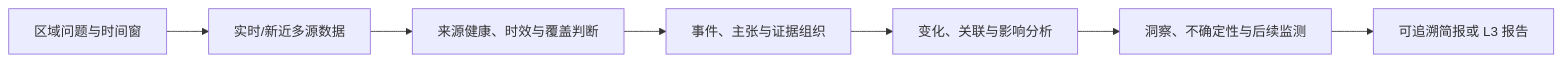
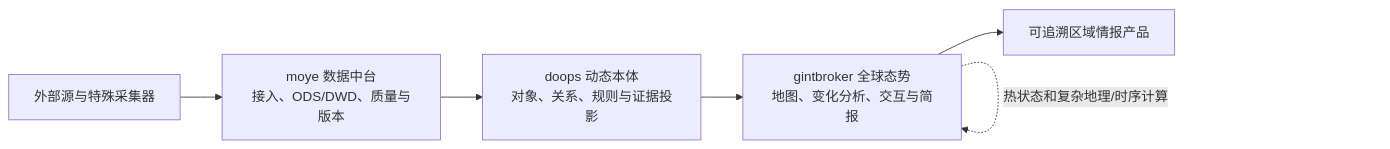
Before and after one commit to isxylands/dy-inta: the first of 2 diagrams in devdoc/PRD-v6-中东实时情报分析演示内部方案与实施计划-20260722.md, drawn with Mermaid. The commit also changed other lines of this file and 1 other file, not shown here.

````diff
--- a/devdoc/PRD-v6-中东实时情报分析演示内部方案与实施计划-20260722.md
+++ b/devdoc/PRD-v6-中东实时情报分析演示内部方案与实施计划-20260722.md
@@ -48,9 +54,8 @@
 ```mermaid
 flowchart LR
-  Q["区域问题与时间窗"] --> D["实时/新近多源数据"]
-  D --> H["来源健康、时效与覆盖判断"]
-  H --> E["事件、主张与证据组织"]
-  E --> A["变化、关联与影响分析"]
-  A --> I["洞察、不确定性与后续监测"]
-  I --> R["可追溯简报或 L3 报告"]
+  S["外部源与特殊采集器"] --> M["moye 数据中台<br/>接入、ODS/DWD、质量与版本"]
+  M --> D["doops 动态本体<br/>对象、关系、规则与证据投影"]
+  D --> G["gintbroker 全球态势<br/>地图、变化分析、交互与简报"]
+  G --> R["可追溯区域情报产品"]
+  G -."热状态和复杂地理/时序计算".-> G
 ```
````
